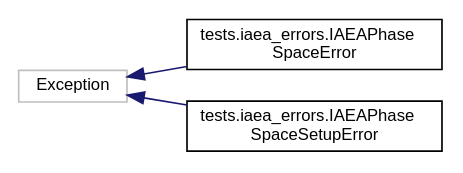
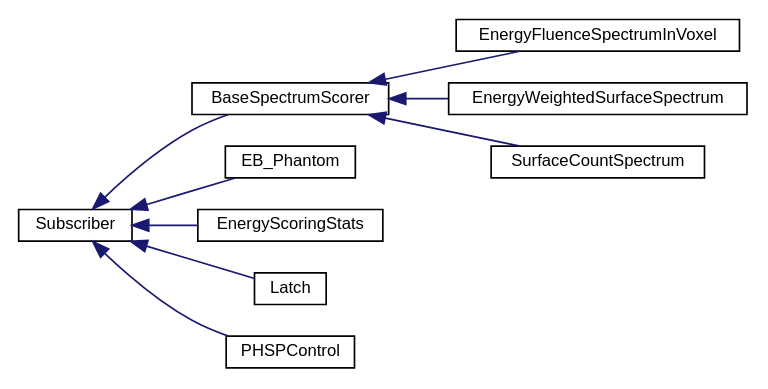
One commit to clrp-code/egs_brachy changed the diagram in docs/inherit_graph_19.dot. Above: the diagram before and after it, drawn with Graphviz. The commit also changed 675 other files, not shown here.

```diff
--- a/docs/inherit_graph_19.dot
+++ b/docs/inherit_graph_19.dot
@@ -1,11 +1,23 @@
 digraph "Graphical Class Hierarchy"
 {
   edge [fontname="Helvetica",fontsize="10",labelfontname="Helvetica",labelfontsize="10"];
   node [fontname="Helvetica",fontsize="10",shape=record];
   rankdir="LR";
-  Node1 [label="Exception",height=0.2,width=0.4,color="grey75", fillcolor="white", style="filled"];
+  Node1 [label="Subscriber",height=0.2,width=0.4,color="black", fillcolor="white", style="filled",URL="$classSubscriber.html"];
   Node1 -> Node2 [dir="back",color="midnightblue",fontsize="10",style="solid",fontname="Helvetica"];
-  Node2 [label="tests.iaea_errors.IAEAPhase\lSpaceError",height=0.2,width=0.4,color="black", fillcolor="white", style="filled",URL="$classtests_1_1iaea__errors_1_1IAEAPhaseSpaceError.html"];
-  Node1 -> Node3 [dir="back",color="midnightblue",fontsize="10",style="solid",fontname="Helvetica"];
-  Node3 [label="tests.iaea_errors.IAEAPhase\lSpaceSetupError",height=0.2,width=0.4,color="black", fillcolor="white", style="filled",URL="$classtests_1_1iaea__errors_1_1IAEAPhaseSpaceSetupError.html"];
+  Node2 [label="BaseSpectrumScorer",height=0.2,width=0.4,color="black", fillcolor="white", style="filled",URL="$classBaseSpectrumScorer.html",tooltip="abstract base class for scoring spectrum information "];
+  Node2 -> Node3 [dir="back",color="midnightblue",fontsize="10",style="solid",fontname="Helvetica"];
+  Node3 [label="EnergyFluenceSpectrumInVoxel",height=0.2,width=0.4,color="black", fillcolor="white", style="filled",URL="$classEnergyFluenceSpectrumInVoxel.html",tooltip="A class for scoring the energy weighted spectrum (normalized to total radiant energy) of particles on..."];
+  Node2 -> Node4 [dir="back",color="midnightblue",fontsize="10",style="solid",fontname="Helvetica"];
+  Node4 [label="EnergyWeightedSurfaceSpectrum",height=0.2,width=0.4,color="black", fillcolor="white", style="filled",URL="$classEnergyWeightedSurfaceSpectrum.html",tooltip="A class for scoring the energy weighted spectrum (normalized to total radiant energy) of particles on..."];
+  Node2 -> Node5 [dir="back",color="midnightblue",fontsize="10",style="solid",fontname="Helvetica"];
+  Node5 [label="SurfaceCountSpectrum",height=0.2,width=0.4,color="black", fillcolor="white", style="filled",URL="$classSurfaceCountSpectrum.html",tooltip="A class for scoring a histogram of the number of particles escaping a source geometry. "];
+  Node1 -> Node6 [dir="back",color="midnightblue",fontsize="10",style="solid",fontname="Helvetica"];
+  Node6 [label="EB_Phantom",height=0.2,width=0.4,color="black", fillcolor="white", style="filled",URL="$classEB__Phantom.html",tooltip="A class to represent a single phantom for scoring dose in egs_brachy. "];
+  Node1 -> Node7 [dir="back",color="midnightblue",fontsize="10",style="solid",fontname="Helvetica"];
+  Node7 [label="EnergyScoringStats",height=0.2,width=0.4,color="black", fillcolor="white", style="filled",URL="$classEnergyScoringStats.html",tooltip="a class to use for scoring information about total energy initialzed, escaping sources etc ..."];
+  Node1 -> Node8 [dir="back",color="midnightblue",fontsize="10",style="solid",fontname="Helvetica"];
+  Node8 [label="Latch",height=0.2,width=0.4,color="black", fillcolor="white", style="filled",URL="$classLatch.html",tooltip="A class for handling latch bits relevant to egs_brachy. The Latch class listens for particle events a..."];
+  Node1 -> Node9 [dir="back",color="midnightblue",fontsize="10",style="solid",fontname="Helvetica"];
+  Node9 [label="PHSPControl",height=0.2,width=0.4,color="black", fillcolor="white", style="filled",URL="$classPHSPControl.html"];
 }
```
